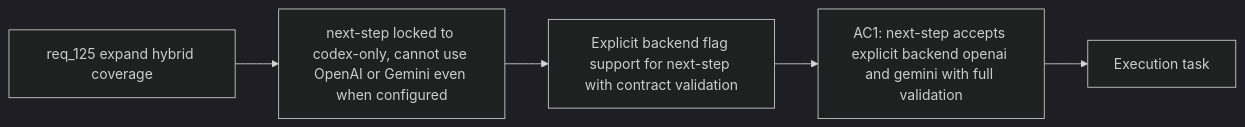
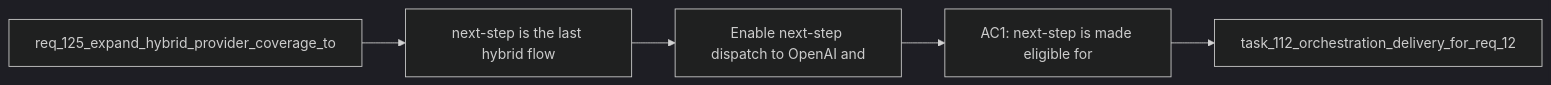
The diagram in logics/backlog/item_225_enable_next_step_dispatch_to_openai_and_gemini_via_explicit_backend_flag.md (AlexAgo83/logics-manager), drawn with Mermaid (dark theme) before and after one commit. The commit also changed other lines of this file and 481 other files, not shown here.

````diff
--- a/logics/backlog/item_225_enable_next_step_dispatch_to_openai_and_gemini_via_explicit_backend_flag.md
+++ b/logics/backlog/item_225_enable_next_step_dispatch_to_openai_and_gemini_via_explicit_backend_flag.md
@@ -22,9 +22,9 @@
 ```mermaid
 %% logics-kind: backlog
 %% logics-signature: backlog|enable-next-step-dispatch-to-openai-and-|req-125-expand-hybrid-provider-coverage-|next-step-is-the-last-hybrid-flow|ac1-next-step-is-made-eligible-for
 flowchart LR
-    Request[req_125 expand hybrid coverage] --> Problem[next-step locked to codex-only, cannot use OpenAI or Gemini even when configured]
-    Problem --> Scope[Explicit backend flag support for next-step with contract validation]
-    Scope --> AC1[AC1: next-step accepts explicit backend openai and gemini with full validation]
-    AC1 --> Tasks[Execution task]
+    Request[req_125_expand_hybrid_provider_coverage_to] --> Problem[next-step is the last hybrid flow]
+    Problem --> Scope[Enable next-step dispatch to OpenAI and]
+    Scope --> Acceptance[AC1: next-step is made eligible for]
+    Acceptance --> Tasks[task_112_orchestration_delivery_for_req_12]
 ```
````
